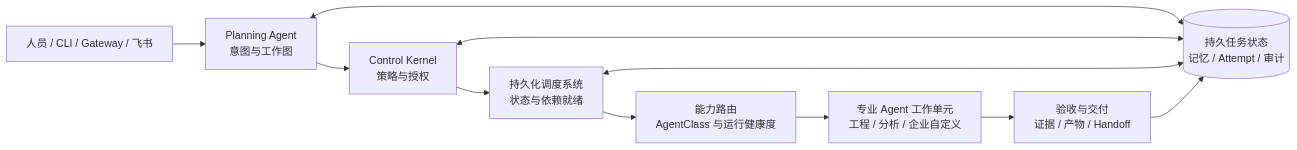
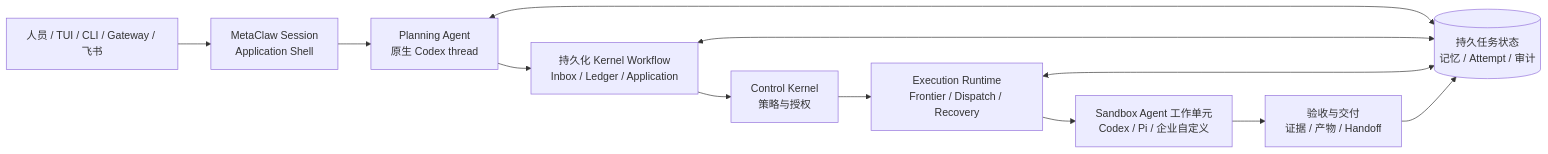
The diagram in README.zh-CN.md (IFOSR/metawork), drawn with Mermaid before and after one commit. The commit also changed other lines of this file and 15 other files, not shown here.

Commit message:
docs: align repository architecture guidance

````diff
--- a/README.zh-CN.md
+++ b/README.zh-CN.md
@@ -57,15 +57,16 @@
 ```mermaid
 flowchart LR
-  Intake[人员 / CLI / Gateway / 飞书] --> Planning[Planning Agent<br/>意图与工作图]
-  Planning --> Kernel[Control Kernel<br/>策略与授权]
-  Kernel --> Scheduler[持久化调度系统<br/>状态与依赖就绪]
-  Scheduler --> Routing[能力路由<br/>AgentClass 与运行健康度]
-  Routing --> Agents[专业 Agent 工作单元<br/>工程 / 分析 / 企业自定义]
+  Intake[人员 / TUI / CLI / Gateway / 飞书] --> Session[MetaClaw Session<br/>Application Shell]
+  Session --> Planning[Planning Agent<br/>原生 Codex thread]
+  Planning --> Workflow[持久化 Kernel Workflow<br/>Inbox / Ledger / Application]
+  Workflow --> Kernel[Control Kernel<br/>策略与授权]
+  Kernel --> Runtime[Execution Runtime<br/>Frontier / Dispatch / Recovery]
+  Runtime --> Agents[Sandbox Agent 工作单元<br/>Codex / Pi / 企业自定义]
   Agents --> Verify[验收与交付<br/>证据 / 产物 / Handoff]
 
   State[(持久任务状态<br/>记忆 / Attempt / 审计)]
   Planning <--> State
-  Kernel <--> State
-  Scheduler <--> State
+  Workflow <--> State
+  Runtime <--> State
   Verify --> State
 ```
````
